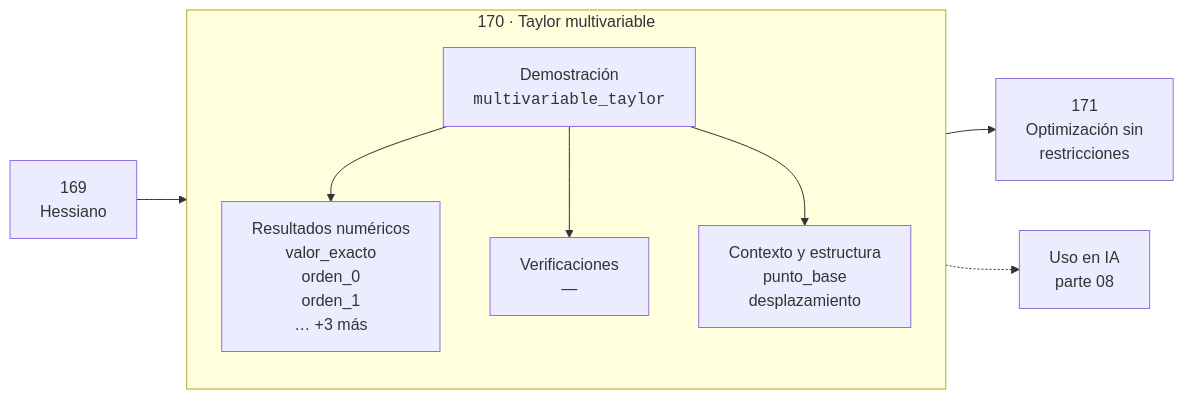
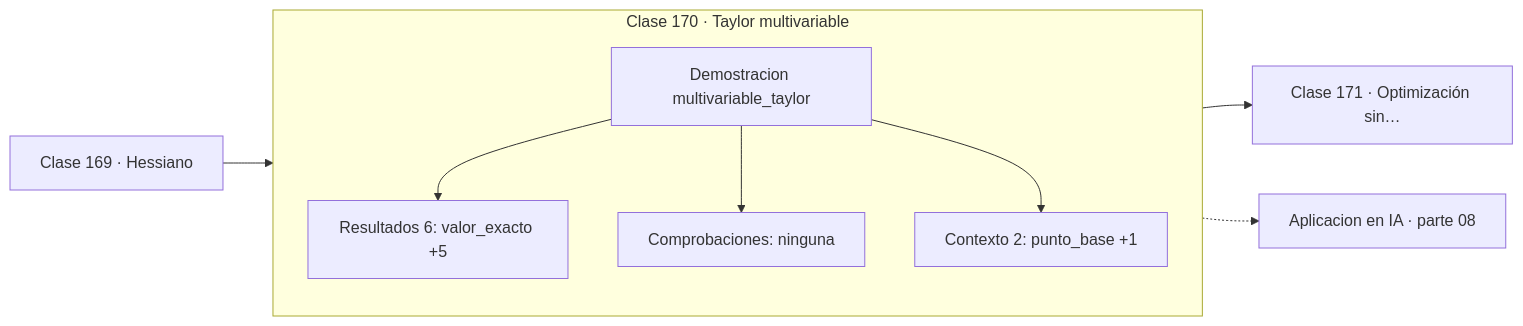
One commit to vladimiracunadev-create/computational-mathematics-program changed the diagram in classes/part-08-calculo-multivariable-matricial-y-autodiferenciacion/170-taylor-multivariable/README.md. Above: the diagram before and after it, drawn with Mermaid. The commit also changed 389 other files, not shown here.

First line of the commit message:
fix(diagramas): elimina el HTML de las etiquetas Mermaid

````diff
--- a/classes/part-08-calculo-multivariable-matricial-y-autodiferenciacion/170-taylor-multivariable/README.md
+++ b/classes/part-08-calculo-multivariable-matricial-y-autodiferenciacion/170-taylor-multivariable/README.md
@@ -30,12 +30,13 @@
 ```mermaid
 flowchart LR
-    P["169<br/>Hessiano"] --> C
-    subgraph C["170 · Taylor multivariable"]
+    P["Clase 169 · Hessiano"] --> D
+    subgraph CLASE["Clase 170 · Taylor multivariable"]
         direction TB
-        D["Demostración<br/><code>multivariable_taylor</code>"] --> R["Resultados numéricos<br/>valor_exacto<br/>orden_0<br/>orden_1<br/>… +3 más"]
-        D --> V["Verificaciones<br/>—"]
-        D --> O["Contexto y estructura<br/>punto_base<br/>desplazamiento"]
+        D["Demostracion multivariable_taylor"]
+        D --> R["Resultados 6: valor_exacto +5"]
+        D --> V["Comprobaciones: ninguna"]
+        D --> O["Contexto 2: punto_base +1"]
     end
-    C --> N["171<br/>Optimización sin<br/>restricciones"]
-    C -.-> IA["Uso en IA<br/>parte 08"]
+    R --> N["Clase 171 · Optimización sin…"]
+    V -.-> IA["Aplicacion en IA · parte 08"]
 ```
````
